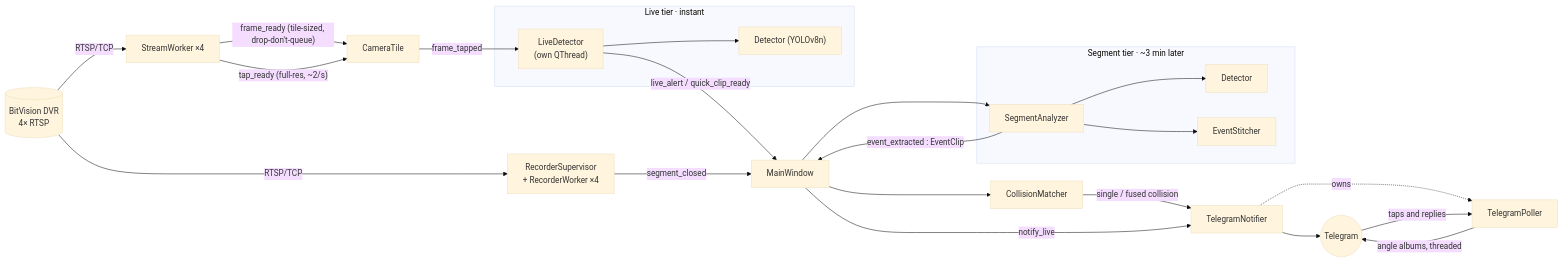
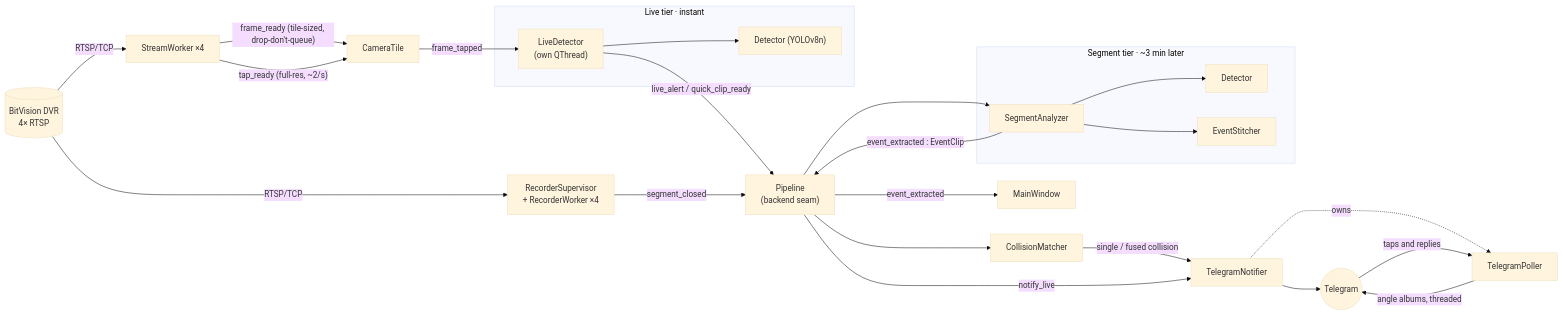
Before and after one commit to DevAbdoTolba/watchhouse: the first of 4 diagrams in README.md, drawn with Mermaid (base theme). The commit also changed other lines of this file and 4 other files, not shown here.

````diff
--- a/README.md
+++ b/README.md
@@ -55,34 +57,35 @@
 ```mermaid
 flowchart LR
     DVR[("BitVision DVR<br/>4× RTSP")]
 
     DVR -->|RTSP/TCP| SW["StreamWorker ×4"]
     DVR -->|RTSP/TCP| REC["RecorderSupervisor<br/>+ RecorderWorker ×4"]
 
     SW -->|"frame_ready (tile-sized, drop-don't-queue)"| TILE["CameraTile"]
     SW -->|"tap_ready (full-res, ~2/s)"| TILE
     TILE -->|frame_tapped| LIVE["LiveDetector<br/>(own QThread)"]
 
     subgraph live ["Live tier · instant"]
         LIVE --> D1["Detector (YOLOv8n)"]
     end
 
     subgraph seg ["Segment tier · ~3 min later"]
         AN["SegmentAnalyzer"] --> D2["Detector"]
         AN --> STITCH["EventStitcher"]
     end
 
-    REC -->|segment_closed| MW["MainWindow"]
-    MW --> AN
-    LIVE -->|live_alert / quick_clip_ready| MW
-    AN -->|event_extracted : EventClip| MW
+    REC -->|segment_closed| PL["Pipeline<br/>(backend seam)"]
+    PL --> AN
+    LIVE -->|live_alert / quick_clip_ready| PL
+    AN -->|event_extracted : EventClip| PL
+    PL -->|event_extracted| MW["MainWindow"]
 
-    MW --> COL["CollisionMatcher"]
+    PL --> COL["CollisionMatcher"]
     COL -->|single / fused collision| NOTIF["TelegramNotifier"]
-    MW -->|notify_live| NOTIF
+    PL -->|notify_live| NOTIF
 
     NOTIF --> TG((Telegram))
     NOTIF -. owns .-> POLL["TelegramPoller"]
     TG -->|taps and replies| POLL
     POLL -->|angle albums, threaded| TG
 ```
````
